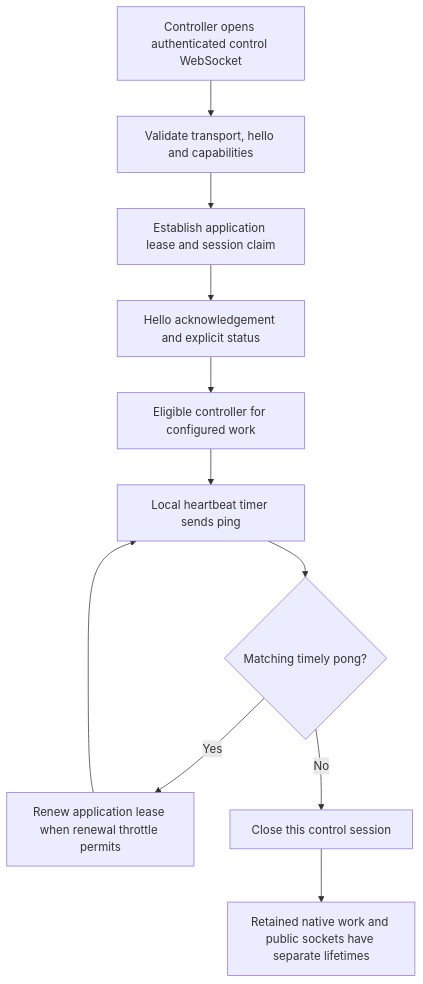
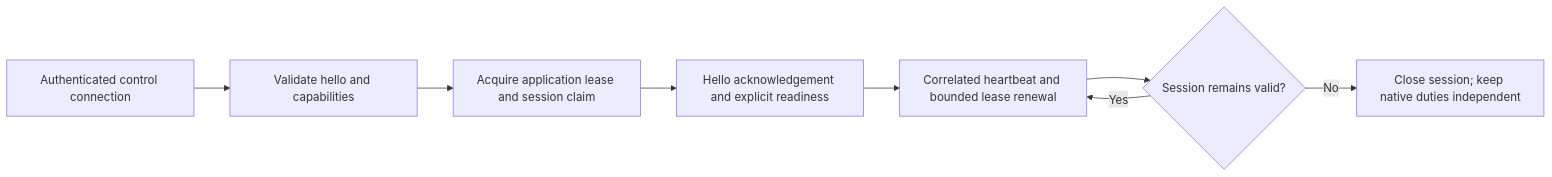
Before and after one commit to zyno-io/sipbridge: the first of 6 diagrams in docs/operations/lifecycle.md, drawn with Mermaid. The commit also changed other lines of this file and 30 other files, not shown here.

````diff
--- a/docs/operations/lifecycle.md
+++ b/docs/operations/lifecycle.md
@@ -27,13 +17,10 @@
 ```mermaid
-flowchart TD
-    A[Controller opens authenticated control WebSocket] --> B[Validate transport, hello and capabilities]
-    B --> C[Establish application lease and session claim]
-    C --> D[Hello acknowledgement and explicit status]
-    D --> E[Eligible controller for configured work]
-    E --> F[Local heartbeat timer sends ping]
-    F --> G{Matching timely pong?}
-    G -- Yes --> H[Renew application lease when renewal throttle permits]
-    H --> F
-    G -- No --> I[Close this control session]
-    I --> J[Retained native work and public sockets have separate lifetimes]
+flowchart LR
+    A[Authenticated control connection] --> B[Validate hello and capabilities]
+    B --> C[Acquire application lease and session claim]
+    C --> D[Hello acknowledgement and explicit readiness]
+    D --> E[Correlated heartbeat and bounded lease renewal]
+    E --> F{Session remains valid?}
+    F -- Yes --> E
+    F -- No --> G[Close session; keep native duties independent]
 ```
````
